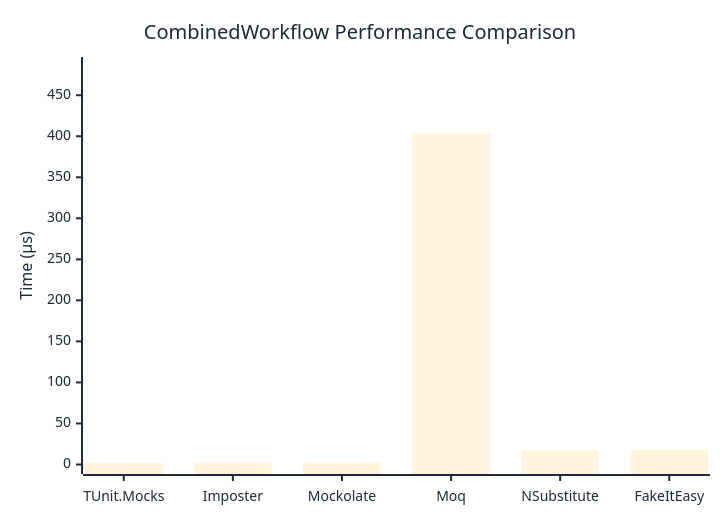
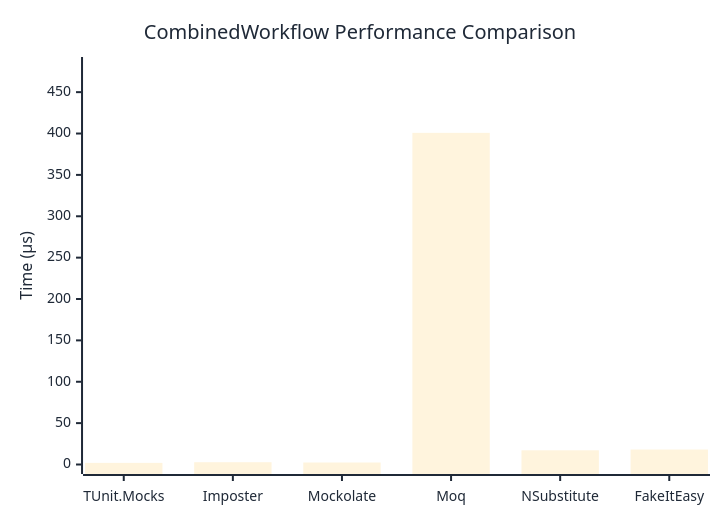
The diagram in docs/docs/benchmarks/mocks/CombinedWorkflow.md (thomhurst/TUnit), drawn with Mermaid before and after one commit. The commit also changed other lines of this file and 14 other files, not shown here.

````diff
--- a/docs/docs/benchmarks/mocks/CombinedWorkflow.md
+++ b/docs/docs/benchmarks/mocks/CombinedWorkflow.md
@@ -28,27 +28,27 @@
 ```mermaid
 %%{init: {
   'theme':'base',
   'themeVariables': {
     'primaryColor': '#2563eb',
     'primaryTextColor': '#1f2937',
     'primaryBorderColor': '#1e40af',
     'lineColor': '#6b7280',
     'secondaryColor': '#7c3aed',
     'tertiaryColor': '#dc2626',
     'background': '#ffffff',
     'pie1': '#2563eb',
     'pie2': '#7c3aed',
     'pie3': '#dc2626',
     'pie4': '#f59e0b',
     'pie5': '#10b981',
     'pie6': '#06b6d4',
     'pie7': '#ec4899',
     'pie8': '#6366f1'
   }
 }}%%
 xychart-beta
   title "CombinedWorkflow Performance Comparison"
   x-axis ["TUnit.Mocks", "Imposter", "Mockolate", "Moq", "NSubstitute", "FakeItEasy"]
-  y-axis "Time (μs)" 0 --> 485
-  bar [1.981, 2.654, 2.375, 403.932, 17.228, 18.489]
+  y-axis "Time (μs)" 0 --> 481
+  bar [1.948, 2.768, 2.413, 400.825, 17.156, 18.087]
 ```
````
